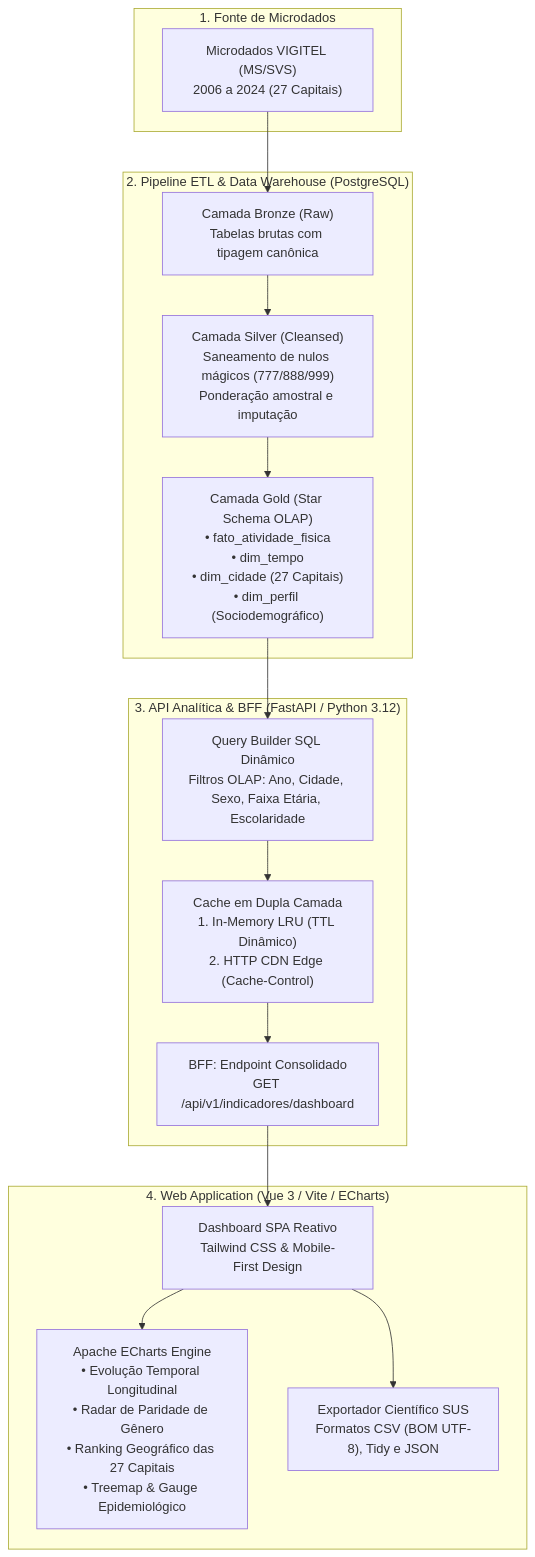
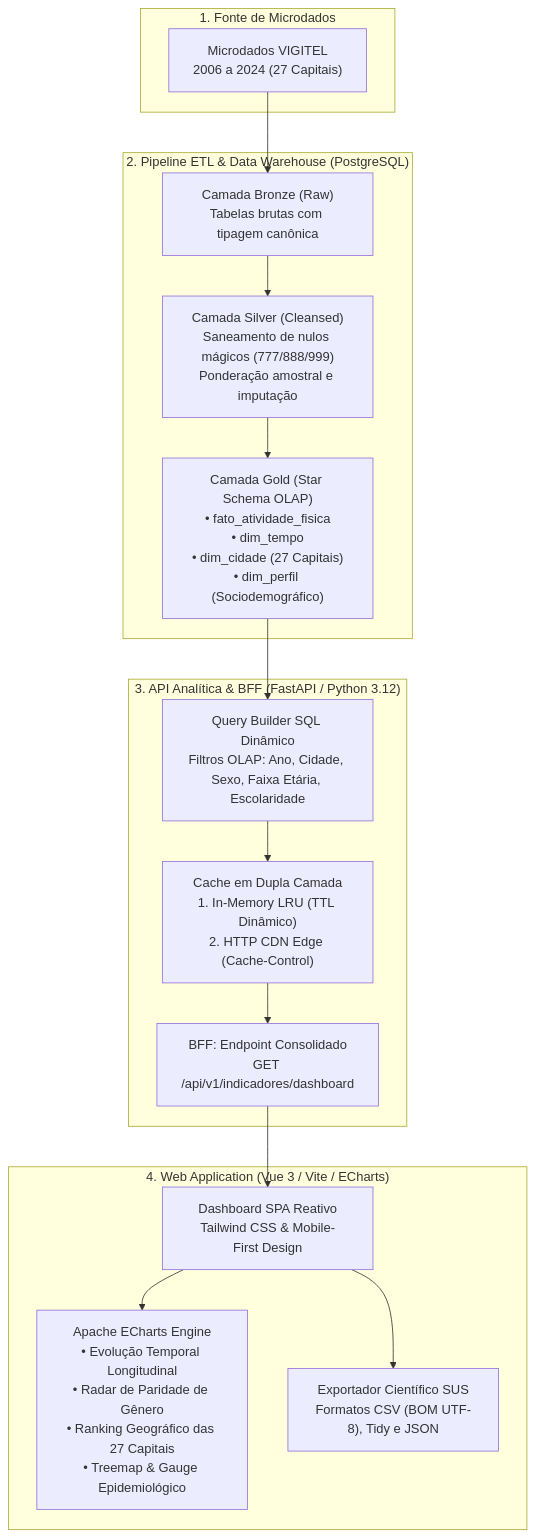
The first of 3 diagrams in README.md (KevenGustavo/vigitel-dashboard), drawn with Mermaid before and after one commit. The commit also changed other lines of this file, not shown here.

````diff
--- a/README.md
+++ b/README.md
@@ -32,36 +32,36 @@
 ```mermaid
 flowchart TD
     subgraph Data_Source["1. Fonte de Microdados"]
-        CSV["Microdados VIGITEL (MS/SVS)<br/>2006 a 2024 (27 Capitais)"]
+        CSV["Microdados VIGITEL <br/>2006 a 2024 (27 Capitais)"]
     end
 
     subgraph Data_Warehouse["2. Pipeline ETL & Data Warehouse (PostgreSQL)"]
         Bronze["Camada Bronze (Raw)<br/>Tabelas brutas com tipagem canônica"]
         Silver["Camada Silver (Cleansed)<br/>Saneamento de nulos mágicos (777/888/999)<br/>Ponderação amostral e imputação"]
         Gold["Camada Gold (Star Schema OLAP)<br/>• fato_atividade_fisica<br/>• dim_tempo<br/>• dim_cidade (27 Capitais)<br/>• dim_perfil (Sociodemográfico)"]
         
         CSV --> Bronze
         Bronze --> Silver
         Silver --> Gold
     end
 
     subgraph Backend_Layer["3. API Analítica & BFF (FastAPI / Python 3.12)"]
         Cache["Cache em Dupla Camada<br/>1. In-Memory LRU (TTL Dinâmico)<br/>2. HTTP CDN Edge (Cache-Control)"]
         BFF["BFF: Endpoint Consolidado<br/>GET /api/v1/indicadores/dashboard"]
         QueryBuilder["Query Builder SQL Dinâmico<br/>Filtros OLAP: Ano, Cidade, Sexo, Faixa Etária, Escolaridade"]
         
         Gold --> QueryBuilder
         QueryBuilder --> Cache
         Cache --> BFF
     end
 
     subgraph Frontend_Layer["4. Web Application (Vue 3 / Vite / ECharts)"]
         UI["Dashboard SPA Reativo<br/>Tailwind CSS & Mobile-First Design"]
         Charts["Apache ECharts Engine<br/>• Evolução Temporal Longitudinal<br/>• Radar de Paridade de Gênero<br/>• Ranking Geográfico das 27 Capitais<br/>• Treemap & Gauge Epidemiológico"]
         Exporter["Exportador Científico SUS<br/>Formatos CSV (BOM UTF-8), Tidy e JSON"]
         
         BFF --> UI
         UI --> Charts
         UI --> Exporter
     end
 ```
````
